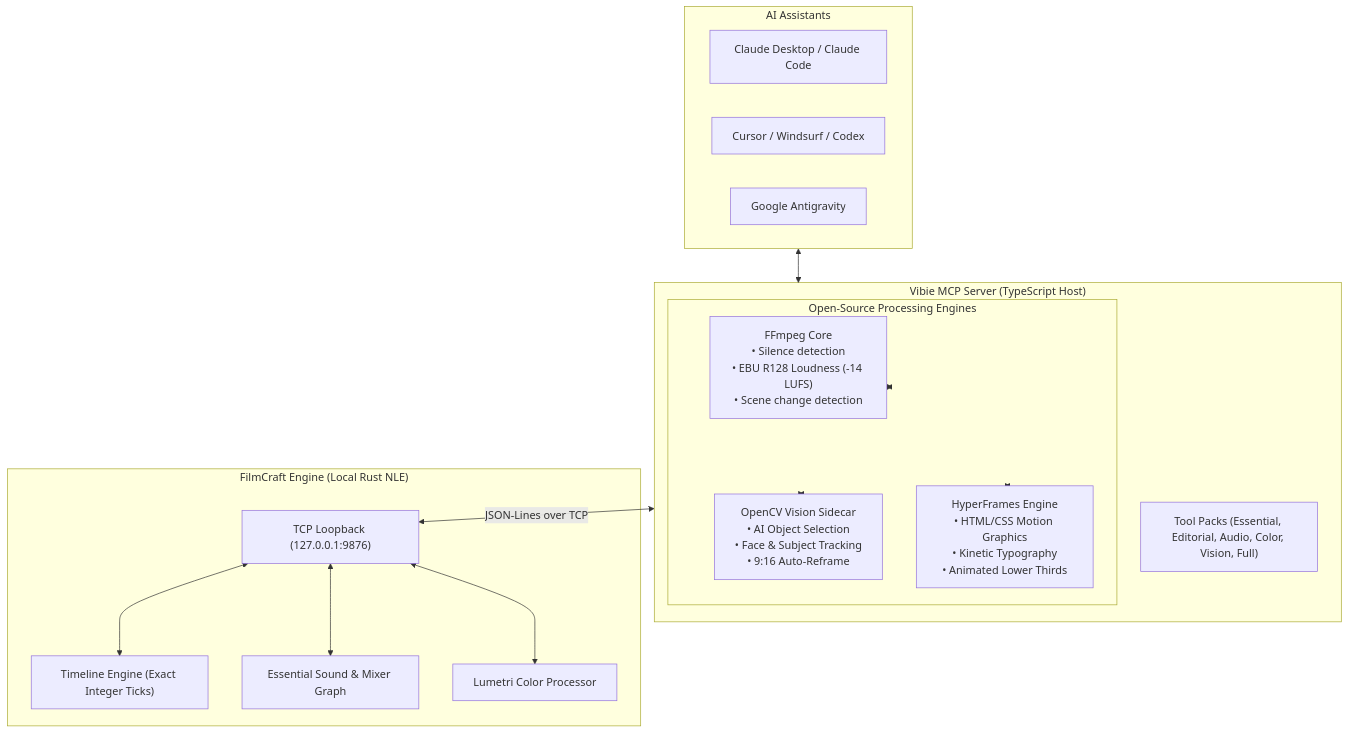
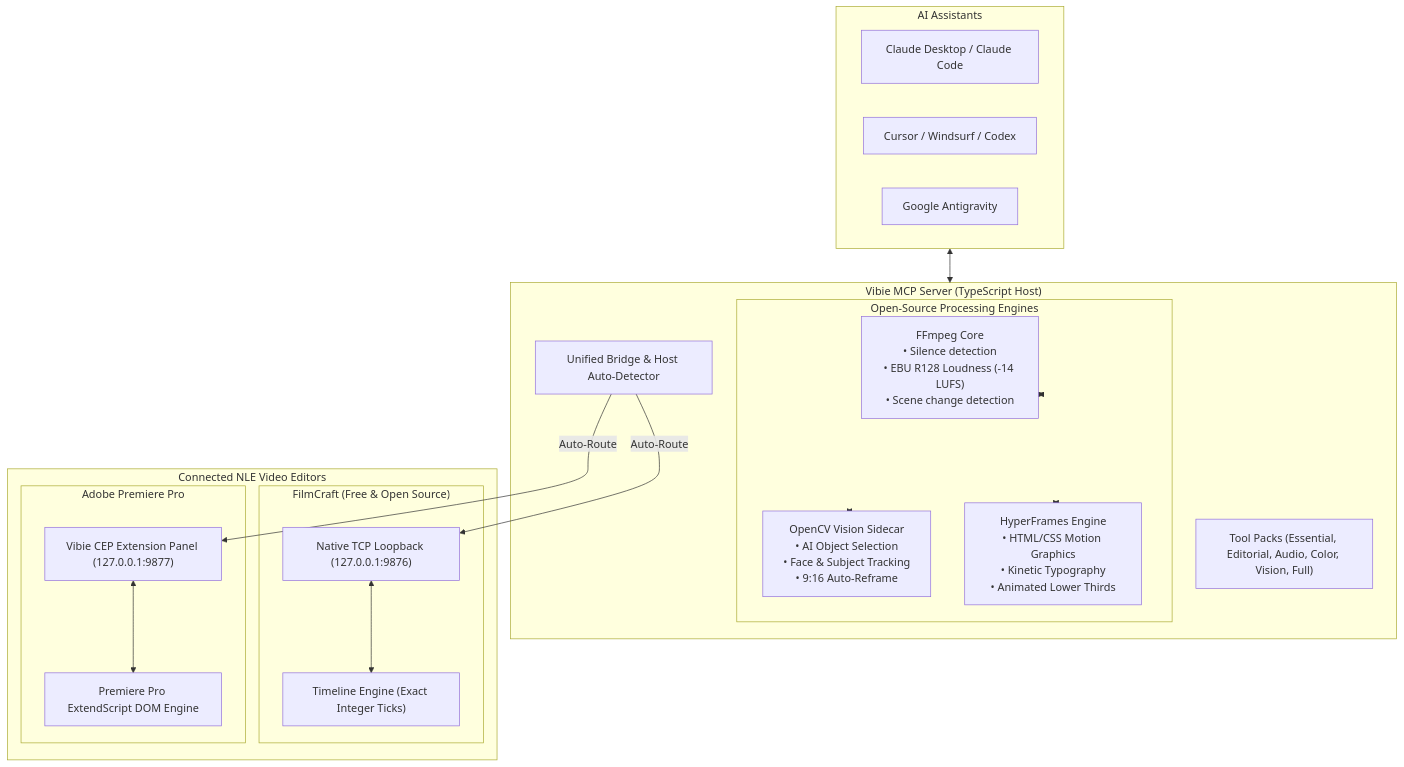
The diagram in README.md (PratikOfTheWest/vibie-mcp), drawn with Mermaid before and after one commit. The commit also changed other lines of this file and 22 other files, not shown here.

Commit message:
feat: add Premiere Pro CEP extension, FilmCraft launcher, and Unified Dual-Engine Bridge

````diff
--- a/README.md
+++ b/README.md
@@ -35,30 +37,38 @@
 ```mermaid
 flowchart TD
     subgraph Client["AI Assistants"]
         Claude["Claude Desktop / Claude Code"]
         Cursor["Cursor / Windsurf / Codex"]
         Agy["Google Antigravity"]
     end
 
     subgraph Vibie["Vibie MCP Server (TypeScript Host)"]
+        Router["Unified Bridge & Host Auto-Detector"]
         Packs["Tool Packs (Essential, Editorial, Audio, Color, Vision, Full)"]
         
         subgraph Intelligence["Open-Source Processing Engines"]
             FFmpeg["FFmpeg Core\n• Silence detection\n• EBU R128 Loudness (-14 LUFS)\n• Scene change detection"]
             OpenCV["OpenCV Vision Sidecar\n• AI Object Selection\n• Face & Subject Tracking\n• 9:16 Auto-Reframe"]
             Hyper["HyperFrames Engine\n• HTML/CSS Motion Graphics\n• Kinetic Typography\n• Animated Lower Thirds"]
         end
     end
 
-    subgraph FilmCraft["FilmCraft Engine (Local Rust NLE)"]
-        Socket["TCP Loopback (127.0.0.1:9876)"]
-        Timeline["Timeline Engine (Exact Integer Ticks)"]
-        Mixer["Essential Sound & Mixer Graph"]
-        Lumetri["Lumetri Color Processor"]
+    subgraph Hosts["Connected NLE Video Editors"]
+        subgraph FilmCraftApp["FilmCraft (Free & Open Source)"]
+            FCSocket["Native TCP Loopback (127.0.0.1:9876)"]
+            FCTimeline["Timeline Engine (Exact Integer Ticks)"]
+        end
+        
+        subgraph PremiereApp["Adobe Premiere Pro"]
+            CEPExt["Vibie CEP Extension Panel (127.0.0.1:9877)"]
+            PPRODOM["Premiere Pro ExtendScript DOM Engine"]
+        end
     end
 
     Client <--> Vibie
     Vibie <--> FFmpeg & OpenCV & Hyper
-    Vibie <-->|JSON-Lines over TCP| Socket
-    Socket <--> Timeline & Mixer & Lumetri
+    Router -->|Auto-Route| FCSocket
+    Router -->|Auto-Route| CEPExt
+    FCSocket <--> FCTimeline
+    CEPExt <--> PPRODOM
 ```
````
